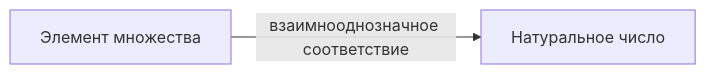
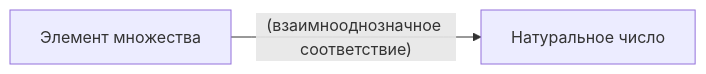
The second of 3 diagrams in Writerside/topics/Calculus.md (ButterSus/PersonalWebsite), drawn with Mermaid before and after one commit. The commit also changed other lines of this file and 1 other file, not shown here.

````diff
--- a/Writerside/topics/Calculus.md
+++ b/Writerside/topics/Calculus.md
@@ -99,4 +99,4 @@
 ```mermaid
 graph LR
-    A[Элемент множества] -- взаимнооднозначное соответствие --> B[Натуральное число]
+    A[Элемент множества] -- "(взаимнооднозначное соответствие)" --> B[Натуральное число]
 ```
````
